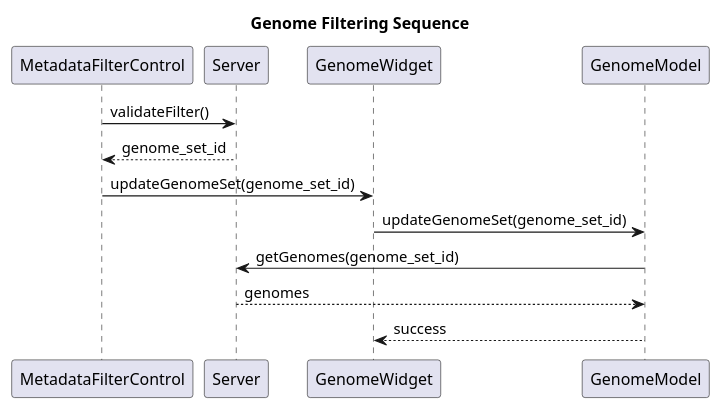
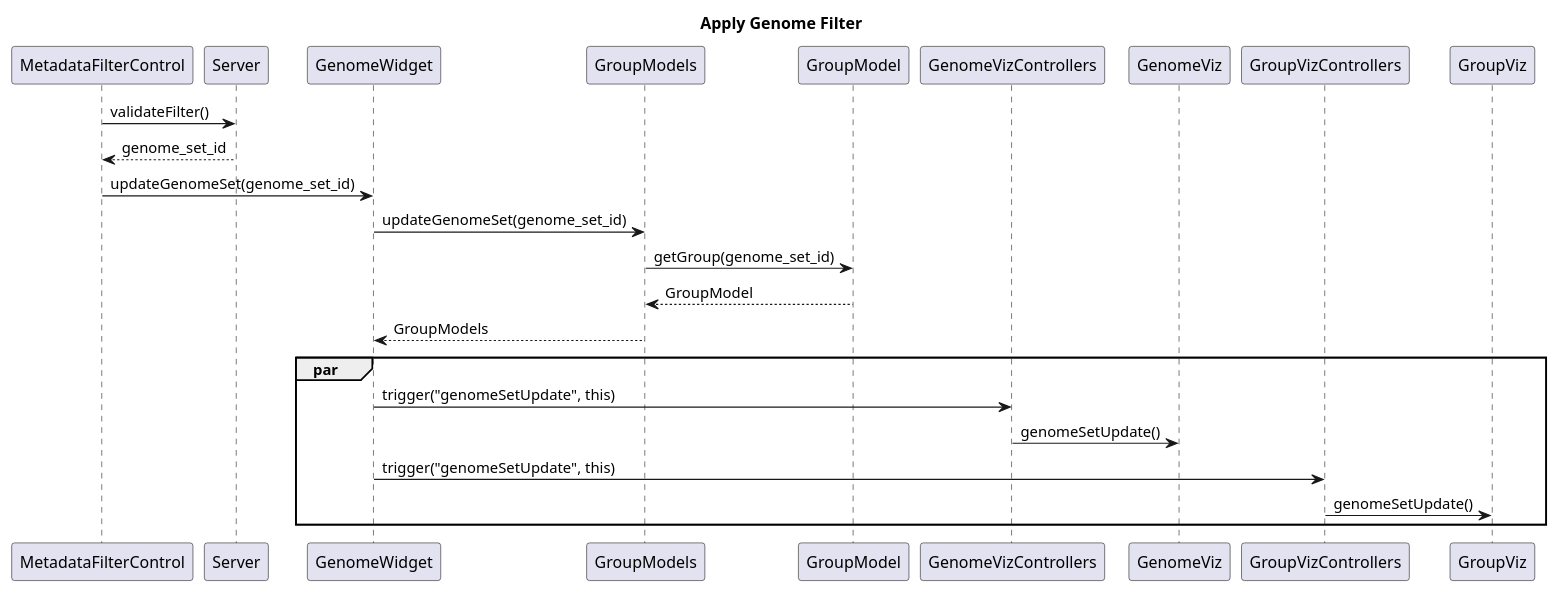
The diagram in app/SuperPhy/uml/filter_sequence.wsd (superphy/semantic), drawn with PlantUML before and after one commit. The commit also changed 3 other files, not shown here.

Commit message:
Major revisions to UML. Added Observer pattern

```diff
--- a/app/SuperPhy/uml/filter_sequence.wsd
+++ b/app/SuperPhy/uml/filter_sequence.wsd
@@ -1,13 +1,21 @@
 @startuml
 
-title Genome Filtering Sequence
+title Apply Genome Filter
 
 MetadataFilterControl -> Server: validateFilter()
 Server --> MetadataFilterControl: genome_set_id
 MetadataFilterControl -> GenomeWidget: updateGenomeSet(genome_set_id)
-GenomeWidget -> GenomeModel: updateGenomeSet(genome_set_id)
-GenomeModel -> Server: getGenomes(genome_set_id)
-Server --> GenomeModel: genomes
-GenomeModel --> GenomeWidget: success
+GenomeWidget -> GroupModels: updateGenomeSet(genome_set_id)
+GroupModels -> GroupModel: getGroup(genome_set_id)
+GroupModel --> GroupModels: GroupModel
+GroupModels --> GenomeWidget: GroupModels
+par
+GenomeWidget -> GenomeVizControllers: trigger("genomeSetUpdate", this)
+GenomeVizControllers -> GenomeViz: genomeSetUpdate()
+GenomeWidget -> GroupVizControllers: trigger("genomeSetUpdate", this)
+GroupVizControllers -> GroupViz: genomeSetUpdate()
+end
+
+
 
 @enduml
```
